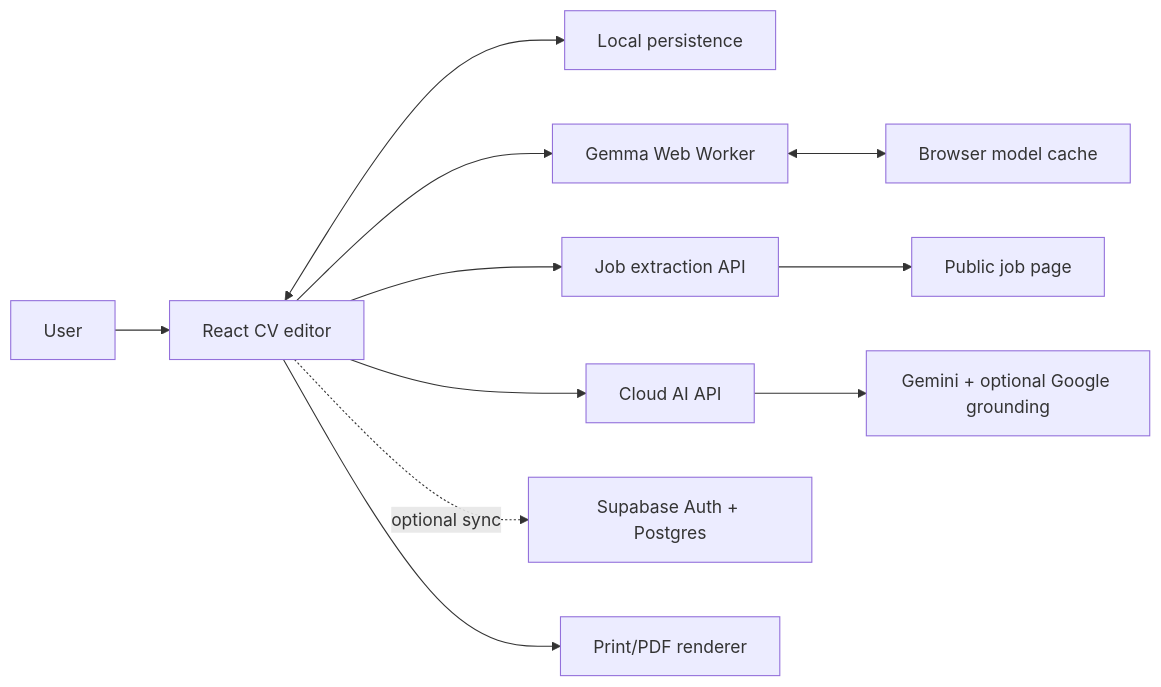
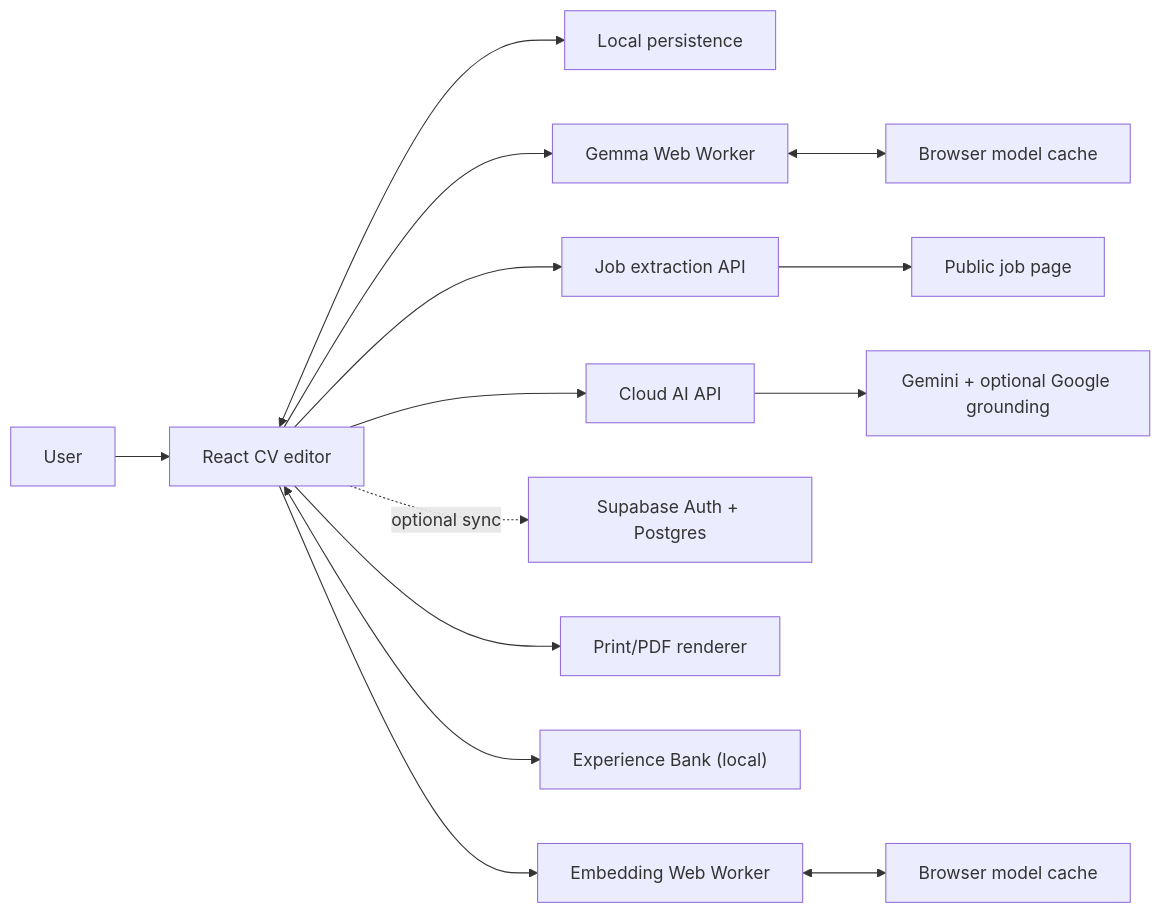
One commit to BbooKki/cv-copilot changed the diagram in docs/ARCHITECTURE.md. Above: the diagram before and after it, drawn with Mermaid. The commit also changed other lines of this file and 32 other files, not shown here.

First line of the commit message:
feat: add Experience Bank with hybrid RAG retrieval

````diff
--- a/docs/ARCHITECTURE.md
+++ b/docs/ARCHITECTURE.md
@@ -5,13 +5,16 @@
 ```mermaid
 flowchart LR
     U["User"] --> UI["React CV editor"]
     UI <--> LS["Local persistence"]
     UI --> W["Gemma Web Worker"]
     W <--> C["Browser model cache"]
     UI --> X["Job extraction API"]
     X --> J["Public job page"]
     UI --> A["Cloud AI API"]
     A --> G["Gemini + optional Google grounding"]
     UI -. "optional sync" .-> S["Supabase Auth + Postgres"]
     UI --> P["Print/PDF renderer"]
+    UI <--> B["Experience Bank (local)"]
+    UI --> E["Embedding Web Worker"]
+    E <--> EC["Browser model cache"]
 ```
````
